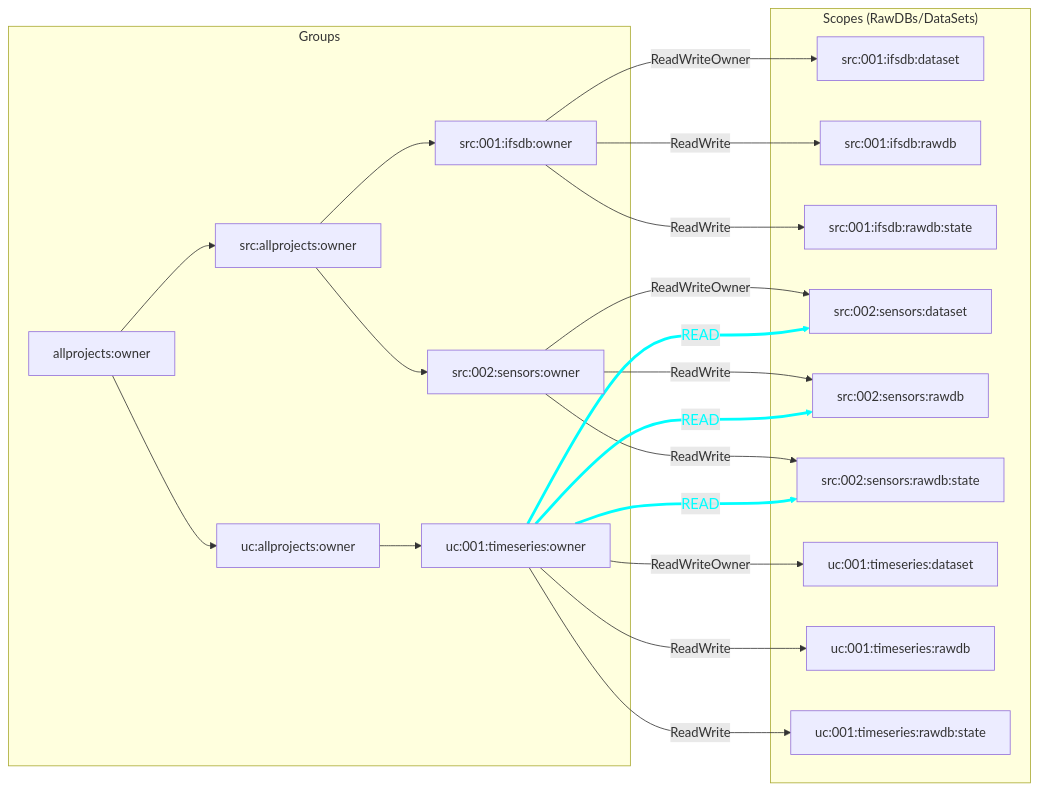
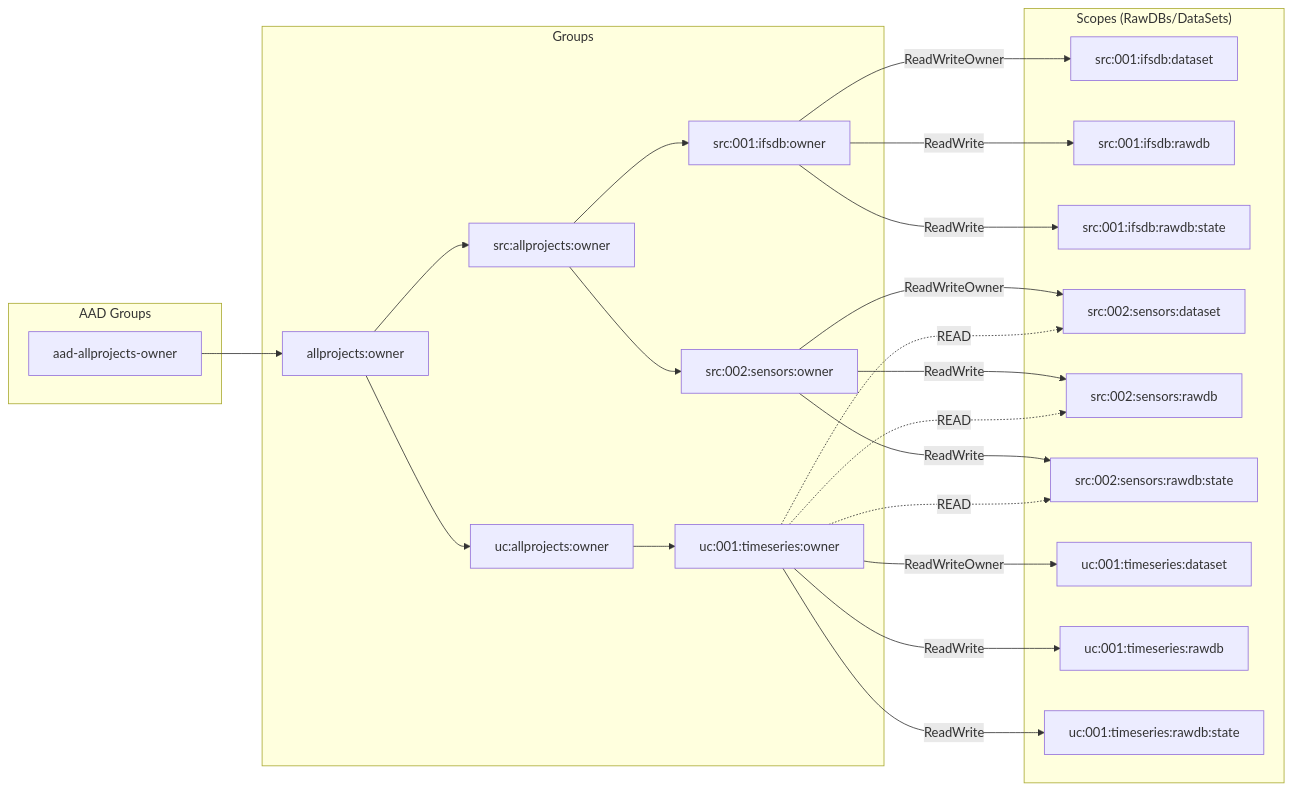
The first of 2 diagrams in README.md (cognitedata/inso-bootstrap-cli), drawn with Mermaid before and after one commit. The commit also changed other lines of this file, not shown here.

Commit message:
reworked mermaid chart a bit

````diff
--- a/README.md
+++ b/README.md
@@ -96,40 +96,43 @@
 ```mermaid
   flowchart LR;
+      aad-allprojects-owner --> allprojects:owner
       allprojects:owner     --> src:allprojects:owner;
       src:allprojects:owner --> src:001:ifsdb:owner;
       src:allprojects:owner --> src:002:sensors:owner;
       allprojects:owner     --> uc:allprojects:owner;
       uc:allprojects:owner  --> uc:001:timeseries:owner;
       src:001:ifsdb:owner       --ReadWriteOwner--> src:001:ifsdb:dataset
       src:001:ifsdb:owner       --ReadWrite     --> src:001:ifsdb:rawdb
       src:001:ifsdb:owner       --ReadWrite     --> src:001:ifsdb:rawdb:state
       src:002:sensors:owner     --ReadWriteOwner--> src:002:sensors:dataset
       src:002:sensors:owner     --ReadWrite     --> src:002:sensors:rawdb
       src:002:sensors:owner     --ReadWrite     --> src:002:sensors:rawdb:state
       uc:001:timeseries:owner   --ReadWriteOwner--> uc:001:timeseries:dataset
       uc:001:timeseries:owner   --ReadWrite     --> uc:001:timeseries:rawdb
       uc:001:timeseries:owner   --ReadWrite     --> uc:001:timeseries:rawdb:state
-      uc:001:timeseries:owner   ==>|<font size=4>READ| src:002:sensors:dataset
-      uc:001:timeseries:owner   ==>|<font size=4>READ| src:002:sensors:rawdb
-      uc:001:timeseries:owner   ==>|<font size=4>READ| src:002:sensors:rawdb:state
-      linkStyle 14,15,16 stroke:cyan,color:cyan;
+      uc:001:timeseries:owner   -.->|READ| src:002:sensors:dataset
+      uc:001:timeseries:owner   -.->|READ| src:002:sensors:rawdb
+      uc:001:timeseries:owner   -.->|READ| src:002:sensors:rawdb:state
+    subgraph "AAD Groups"
+      aad-allprojects-owner
+    end
     subgraph "Groups"
       allprojects:owner
       src:allprojects:owner
       uc:allprojects:owner
       src:001:ifsdb:owner
       src:002:sensors:owner
       uc:001:timeseries:owner
     end
     subgraph "Scopes (RawDBs/DataSets)"
       src:001:ifsdb:dataset
       src:001:ifsdb:rawdb
       src:001:ifsdb:rawdb:state
       src:002:sensors:dataset
       src:002:sensors:rawdb
       src:002:sensors:rawdb:state
       uc:001:timeseries:dataset
       uc:001:timeseries:rawdb
       uc:001:timeseries:rawdb:state
     end
 ```
````
